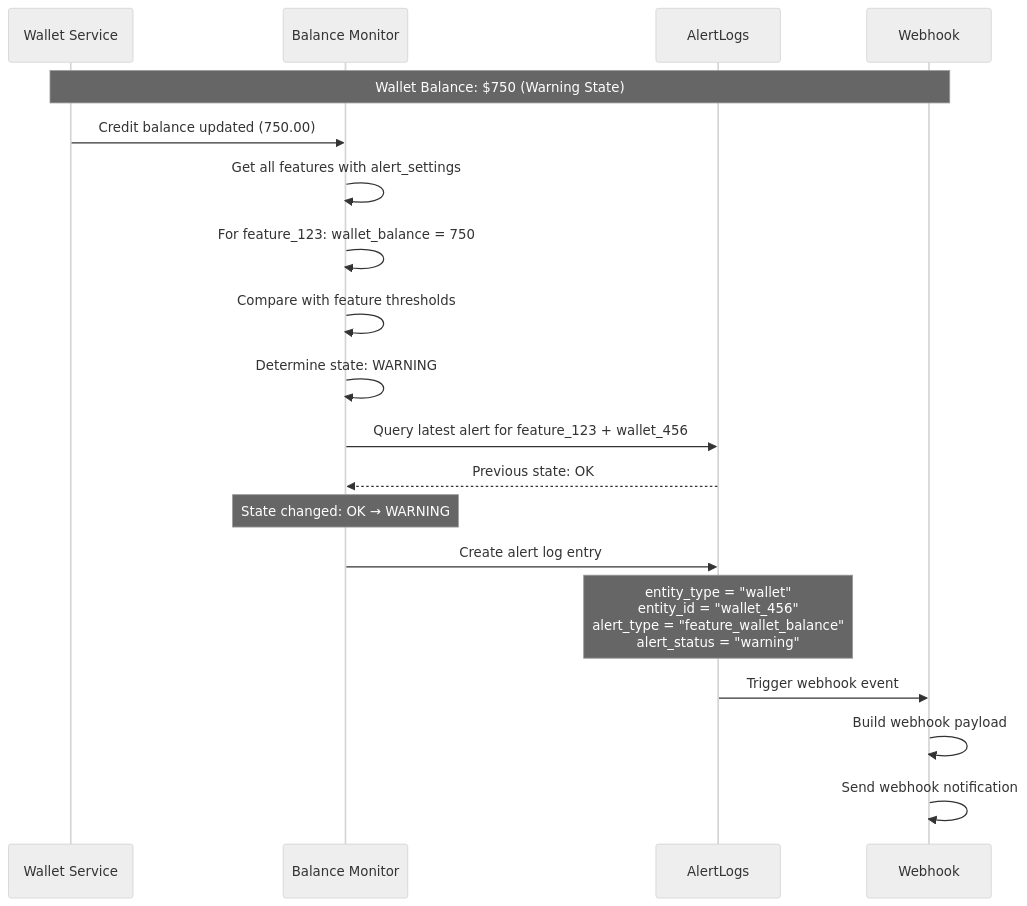
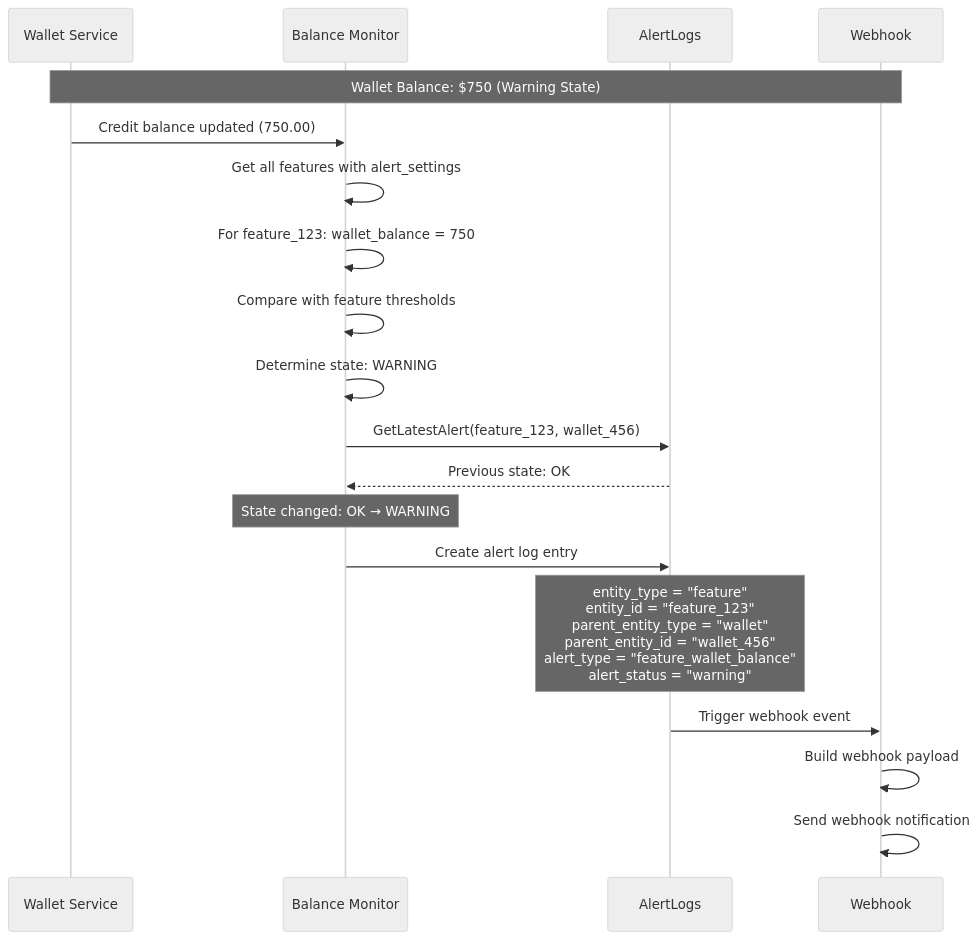
Before and after one commit to vidinfra/flexprice: the eighth of 9 diagrams in docs/prds/sentinel_alert_engine.md, drawn with Mermaid (neutral theme). The commit also changed other lines of this file and 26 other files, not shown here.

Commit message:
feat(feature): add clean feature.wallet_balance alert workflow

````diff
--- a/docs/prds/sentinel_alert_engine.md
+++ b/docs/prds/sentinel_alert_engine.md
@@ -938,26 +1375,26 @@
 ```mermaid
 sequenceDiagram
     participant WS as Wallet Service
     participant M as Balance Monitor
     participant A as AlertLogs
     participant W as Webhook
     
     Note over WS,W: Wallet Balance: $750 (Warning State)
     
     WS->>M: Credit balance updated (750.00)
     M->>M: Get all features with alert_settings
     M->>M: For feature_123: wallet_balance = 750
     M->>M: Compare with feature thresholds
     M->>M: Determine state: WARNING
-    M->>A: Query latest alert for feature_123 + wallet_456
+    M->>A: GetLatestAlert(feature_123, wallet_456)
     A-->>M: Previous state: OK
     
     Note over M: State changed: OK → WARNING
     
     M->>A: Create alert log entry
-    Note over A: entity_type = "wallet"<br/>entity_id = "wallet_456"<br/>alert_type = "feature_wallet_balance"<br/>alert_status = "warning"
+    Note over A: entity_type = "feature"<br/>entity_id = "feature_123"<br/>parent_entity_type = "wallet"<br/>parent_entity_id = "wallet_456"<br/>alert_type = "feature_wallet_balance"<br/>alert_status = "warning"
     
     A->>W: Trigger webhook event
     W->>W: Build webhook payload
     W->>W: Send webhook notification
 ```
````
